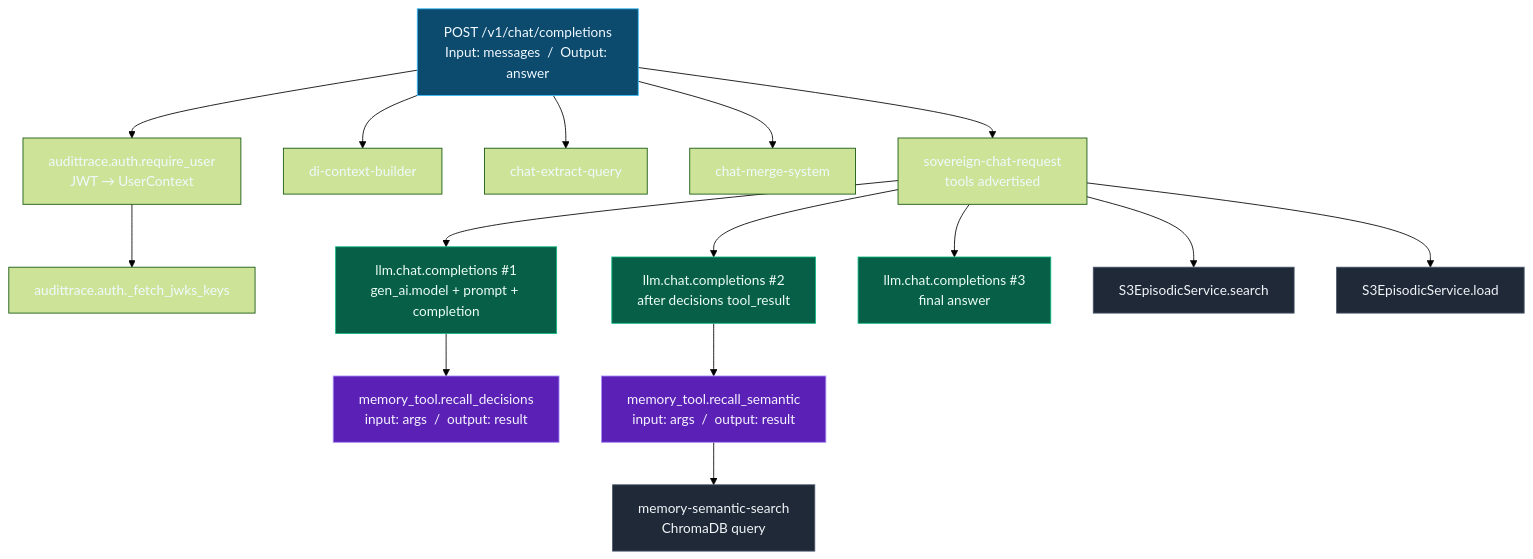
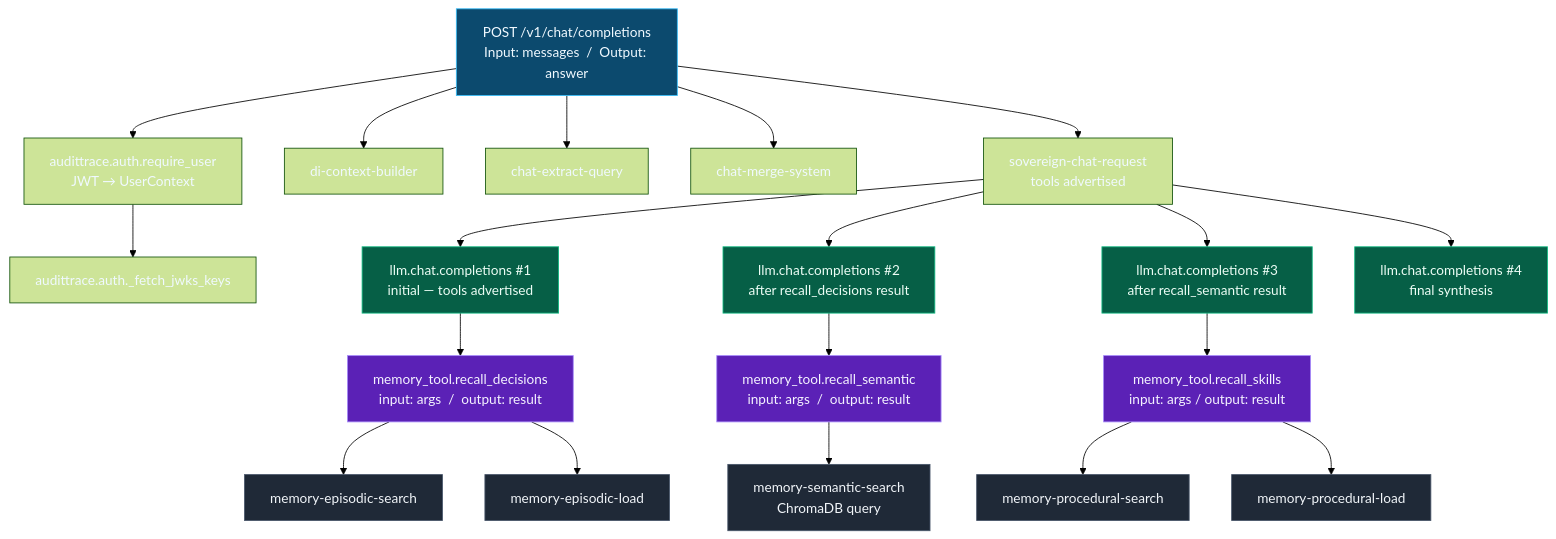
Before and after one commit to lfdesousa/AuditTrace-AI: the second of 4 diagrams in docs/reconstructibility-walkthrough.md, drawn with Mermaid (forest theme). The commit also changed other lines of this file and 9 other files, not shown here.

````diff
--- a/docs/reconstructibility-walkthrough.md
+++ b/docs/reconstructibility-walkthrough.md
@@ -161,42 +166,50 @@
 ```mermaid
 flowchart TB
     Root["POST /v1/chat/completions<br/>Input: messages  /  Output: answer"]
     Auth["audittrace.auth.require_user<br/>JWT → UserContext"]
     JWKS["audittrace.auth._fetch_jwks_keys"]
     DI["di-context-builder"]
     Extract["chat-extract-query"]
     Merge["chat-merge-system"]
     Prep["sovereign-chat-request<br/>tools advertised"]
-    LLM1["llm.chat.completions #1<br/>gen_ai.model + prompt + completion"]
-    LLM2["llm.chat.completions #2<br/>after decisions tool_result"]
-    LLM3["llm.chat.completions #3<br/>final answer"]
+    LLM1["llm.chat.completions #1<br/>initial — tools advertised"]
+    LLM2["llm.chat.completions #2<br/>after recall_decisions result"]
+    LLM3["llm.chat.completions #3<br/>after recall_semantic result"]
+    LLM4["llm.chat.completions #4<br/>final synthesis"]
     Tool1["memory_tool.recall_decisions<br/>input: args  /  output: result"]
     Tool2["memory_tool.recall_semantic<br/>input: args  /  output: result"]
+    Tool3["memory_tool.recall_skills<br/>input: args  /  output: result"]
+    S3a["memory-episodic-search"]
+    S3b["memory-episodic-load"]
     Chroma["memory-semantic-search<br/>ChromaDB query"]
-    S3a["S3EpisodicService.search"]
-    S3b["S3EpisodicService.load"]
+    Proc1["memory-procedural-search"]
+    Proc2["memory-procedural-load"]
 
     Root --> Auth
     Auth --> JWKS
     Root --> DI
     Root --> Extract
     Root --> Merge
     Root --> Prep
-    Prep --> S3a
-    Prep --> S3b
     Prep --> LLM1
     LLM1 --> Tool1
+    Tool1 --> S3a
+    Tool1 --> S3b
     Prep --> LLM2
     LLM2 --> Tool2
     Tool2 --> Chroma
     Prep --> LLM3
+    LLM3 --> Tool3
+    Tool3 --> Proc1
+    Tool3 --> Proc2
+    Prep --> LLM4
 
     classDef llm fill:#065f46,stroke:#10b981,color:#ecfdf5
     classDef tool fill:#5b21b6,stroke:#a78bfa,color:#f5f3ff
     classDef store fill:#1f2937,stroke:#475569,color:#f1f5f9
     classDef root fill:#0c4a6e,stroke:#38bdf8,color:#f0f9ff
-    class LLM1,LLM2,LLM3 llm
-    class Tool1,Tool2 tool
-    class Chroma,S3a,S3b store
+    class LLM1,LLM2,LLM3,LLM4 llm
+    class Tool1,Tool2,Tool3 tool
+    class S3a,S3b,Chroma,Proc1,Proc2 store
     class Root root
 ```
````
